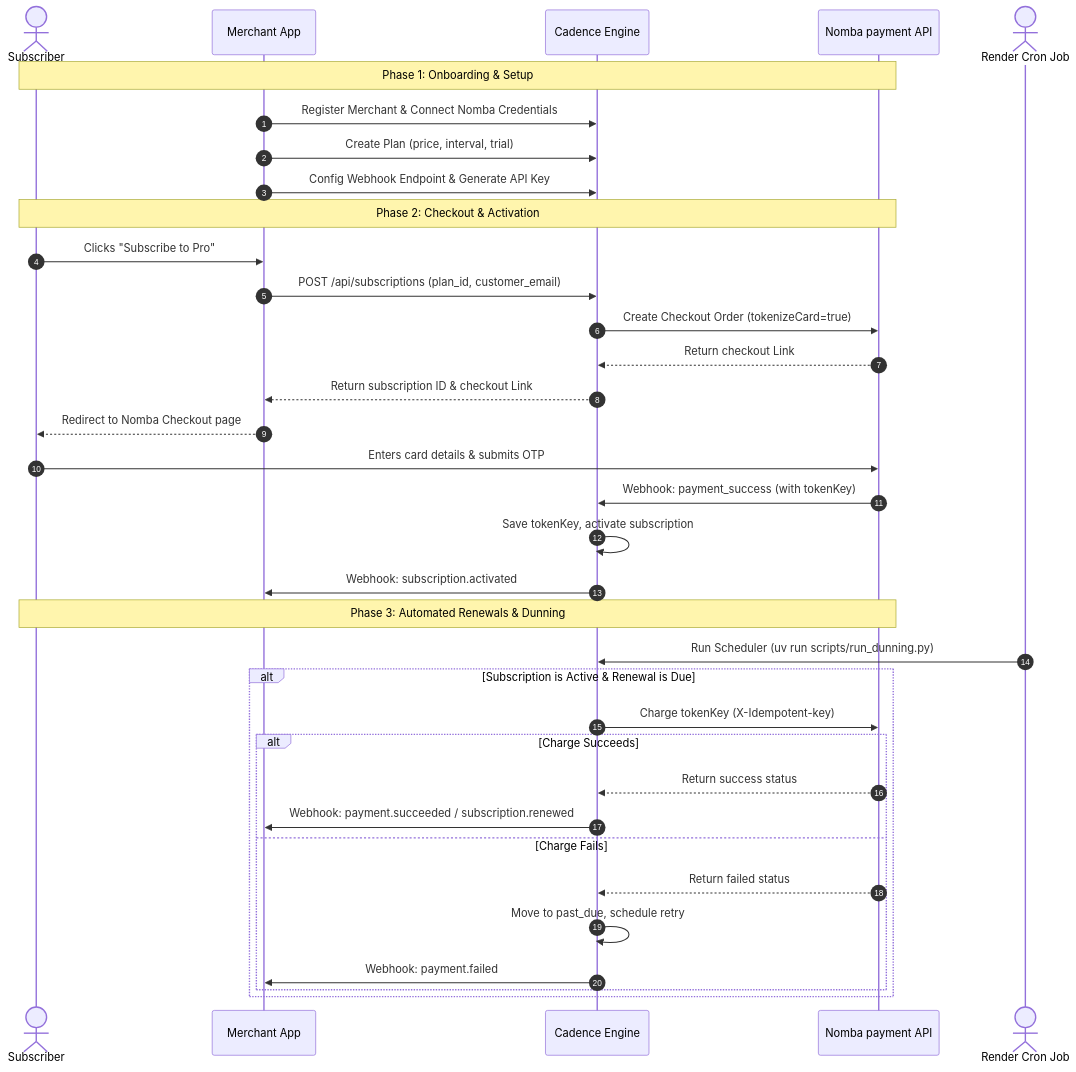
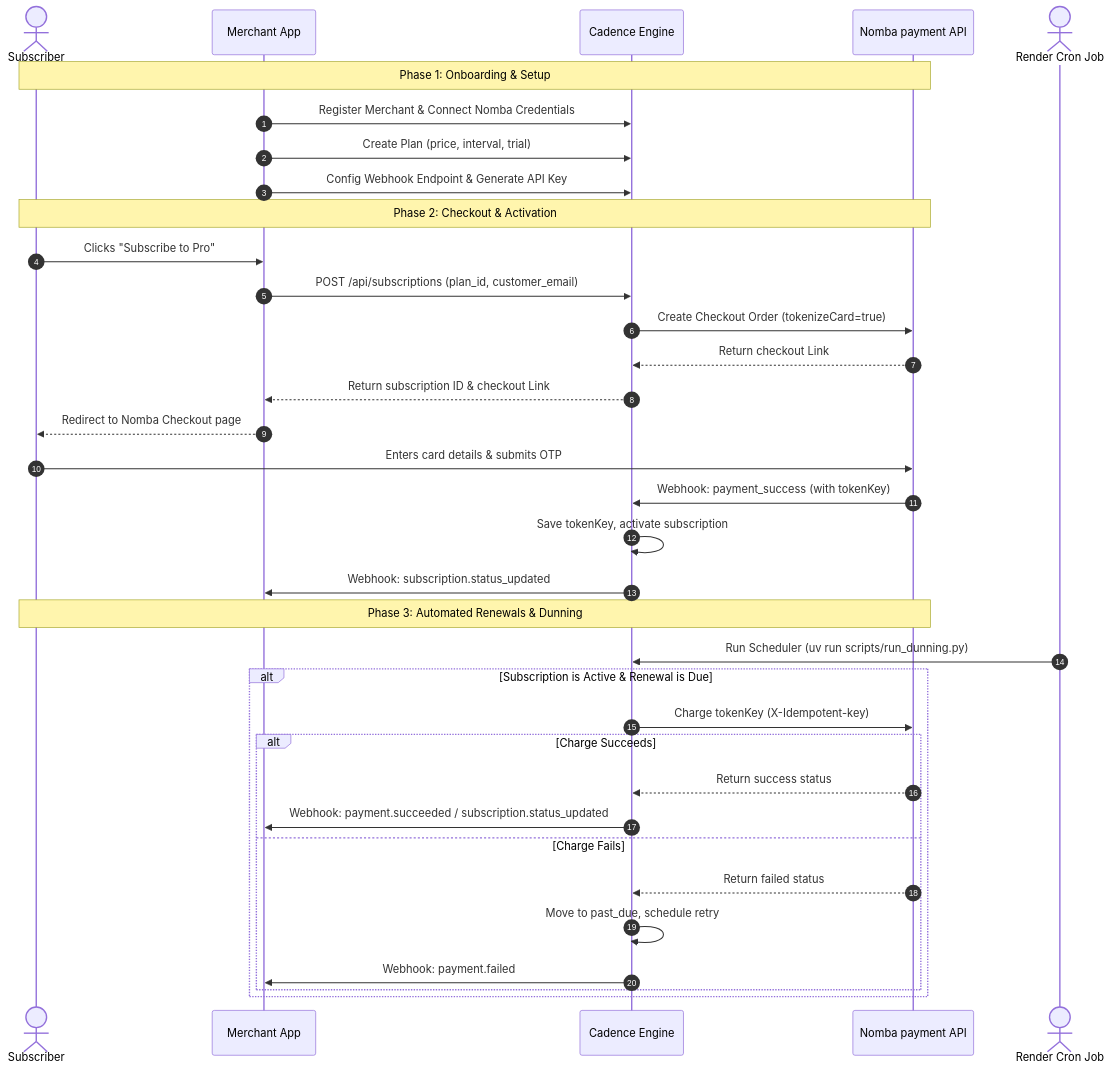
One commit to adr1en360/Cadence changed the diagram in docs/developer_flow.md. Above: the diagram before and after it, drawn with Mermaid. The commit also changed other lines of this file and 21 other files, not shown here.

````diff
--- a/docs/developer_flow.md
+++ b/docs/developer_flow.md
@@ -11,40 +11,40 @@
 ```mermaid
 sequenceDiagram
     autonumber
     actor Customer as Subscriber
     participant App as Merchant App
     participant Cadence as Cadence Engine
     participant Nomba as Nomba payment API
     actor Cron as Render Cron Job
 
     Note over Customer, Nomba: Phase 1: Onboarding & Setup
     App->>Cadence: Register Merchant & Connect Nomba Credentials
     App->>Cadence: Create Plan (price, interval, trial)
     App->>Cadence: Config Webhook Endpoint & Generate API Key
 
     Note over Customer, Nomba: Phase 2: Checkout & Activation
     Customer->>App: Clicks "Subscribe to Pro"
     App->>Cadence: POST /api/subscriptions (plan_id, customer_email)
     Cadence->>Nomba: Create Checkout Order (tokenizeCard=true)
     Nomba-->>Cadence: Return checkout Link
     Cadence-->>App: Return subscription ID & checkout Link
     App-->>Customer: Redirect to Nomba Checkout page
     Customer->>Nomba: Enters card details & submits OTP
     Nomba->>Cadence: Webhook: payment_success (with tokenKey)
     Cadence->>Cadence: Save tokenKey, activate subscription
-    Cadence->>App: Webhook: subscription.activated
+    Cadence->>App: Webhook: subscription.status_updated
 
     Note over Customer, Nomba: Phase 3: Automated Renewals & Dunning
     Cron->>Cadence: Run Scheduler (uv run scripts/run_dunning.py)
     alt Subscription is Active & Renewal is Due
         Cadence->>Nomba: Charge tokenKey (X-Idempotent-key)
         alt Charge Succeeds
             Nomba-->>Cadence: Return success status
-            Cadence->>App: Webhook: payment.succeeded / subscription.renewed
+            Cadence->>App: Webhook: payment.succeeded / subscription.status_updated
         else Charge Fails
             Nomba-->>Cadence: Return failed status
             Cadence->>Cadence: Move to past_due, schedule retry
             Cadence->>App: Webhook: payment.failed
         end
     end
 ```
````
